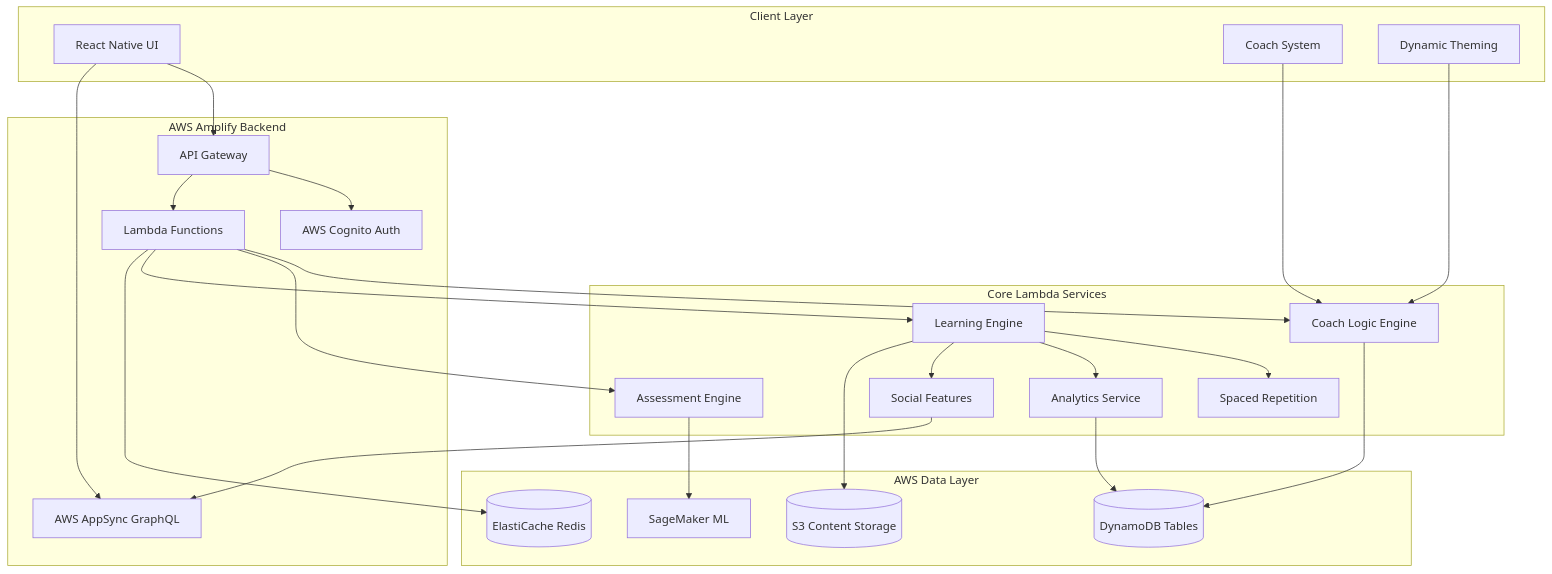
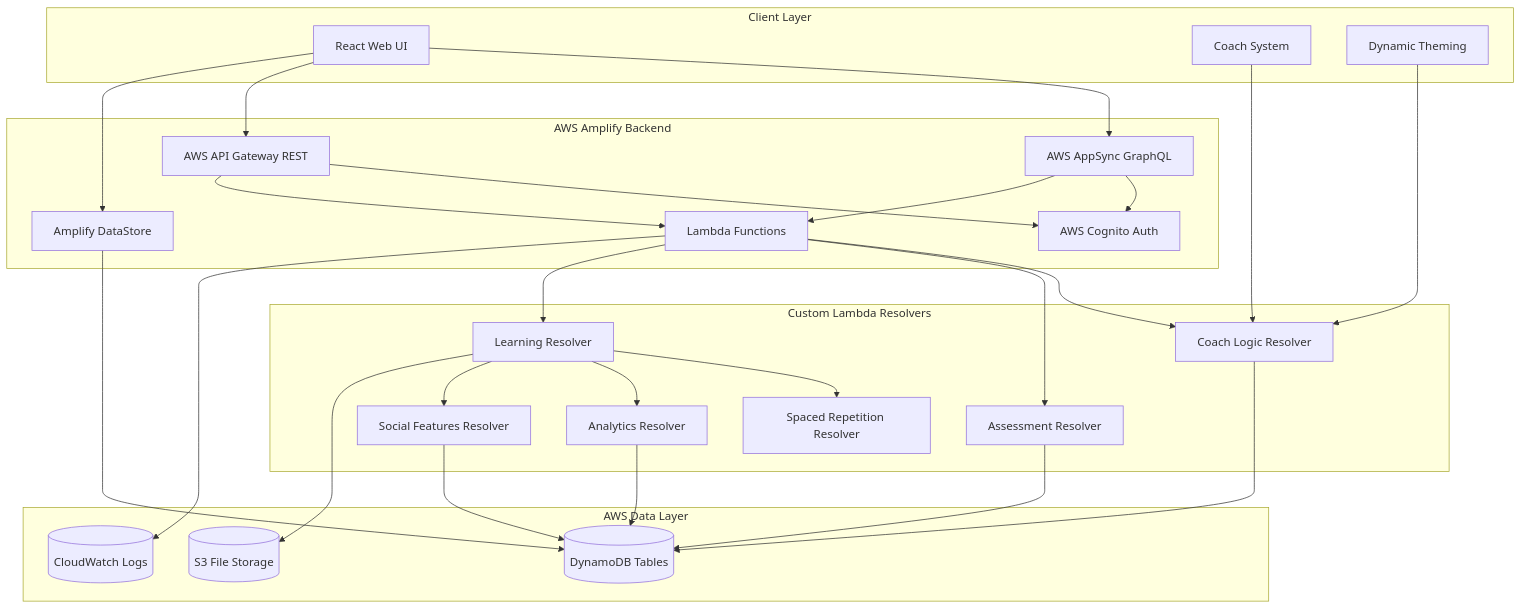
The diagram in .kiro/specs/zuno-learning-app/design.md (ggiallo28/zuno-learning), drawn with Mermaid before and after one commit. The commit also changed other lines of this file and 63 other files, not shown here.

````diff
--- a/.kiro/specs/zuno-learning-app/design.md
+++ b/.kiro/specs/zuno-learning-app/design.md
@@ -13,50 +13,54 @@
 ```mermaid
 graph TB
     subgraph "Client Layer"
-        UI[React Native UI]
+        UI[React Web UI]
         Coach[Coach System]
         Theme[Dynamic Theming]
     end
     
     subgraph "AWS Amplify Backend"
-        API_GW[API Gateway]
+        AppSync[AWS AppSync GraphQL]
+        API_GW[AWS API Gateway REST]
         Cognito[AWS Cognito Auth]
         Lambda[Lambda Functions]
-        AppSync[AWS AppSync GraphQL]
+        DataStore[Amplify DataStore]
     end
     
-    subgraph "Core Lambda Services"
-        Coach_Logic[Coach Logic Engine]
-        Assessment[Assessment Engine]
-        Learning[Learning Engine]
-        Spaced[Spaced Repetition]
-        Analytics[Analytics Service]
-        Social[Social Features]
+    subgraph "Custom Lambda Resolvers"
+        Coach_Logic[Coach Logic Resolver]
+        Assessment[Assessment Resolver]
+        Learning[Learning Resolver]
+        Spaced[Spaced Repetition Resolver]
+        Analytics[Analytics Resolver]
+        Social[Social Features Resolver]
     end
     
     subgraph "AWS Data Layer"
         DynamoDB[(DynamoDB Tables)]
-        ElastiCache[(ElastiCache Redis)]
-        S3[(S3 Content Storage)]
-        SageMaker[SageMaker ML]
+        S3[(S3 File Storage)]
+        CloudWatch[(CloudWatch Logs)]
     end
     
+    UI --> AppSync
     UI --> API_GW
-    UI --> AppSync
+    UI --> DataStore
     Coach --> Coach_Logic
     Theme --> Coach_Logic
+    AppSync --> Cognito
     API_GW --> Cognito
+    AppSync --> Lambda
     API_GW --> Lambda
+    DataStore --> DynamoDB
     Lambda --> Coach_Logic
     Lambda --> Assessment
     Lambda --> Learning
     Learning --> Spaced
     Learning --> Analytics
     Learning --> Social
     Coach_Logic --> DynamoDB
     Analytics --> DynamoDB
-    Assessment --> SageMaker
-    Social --> AppSync
-    Lambda --> ElastiCache
+    Assessment --> DynamoDB
+    Social --> DynamoDB
+    Lambda --> CloudWatch
     Learning --> S3
 ```
````
